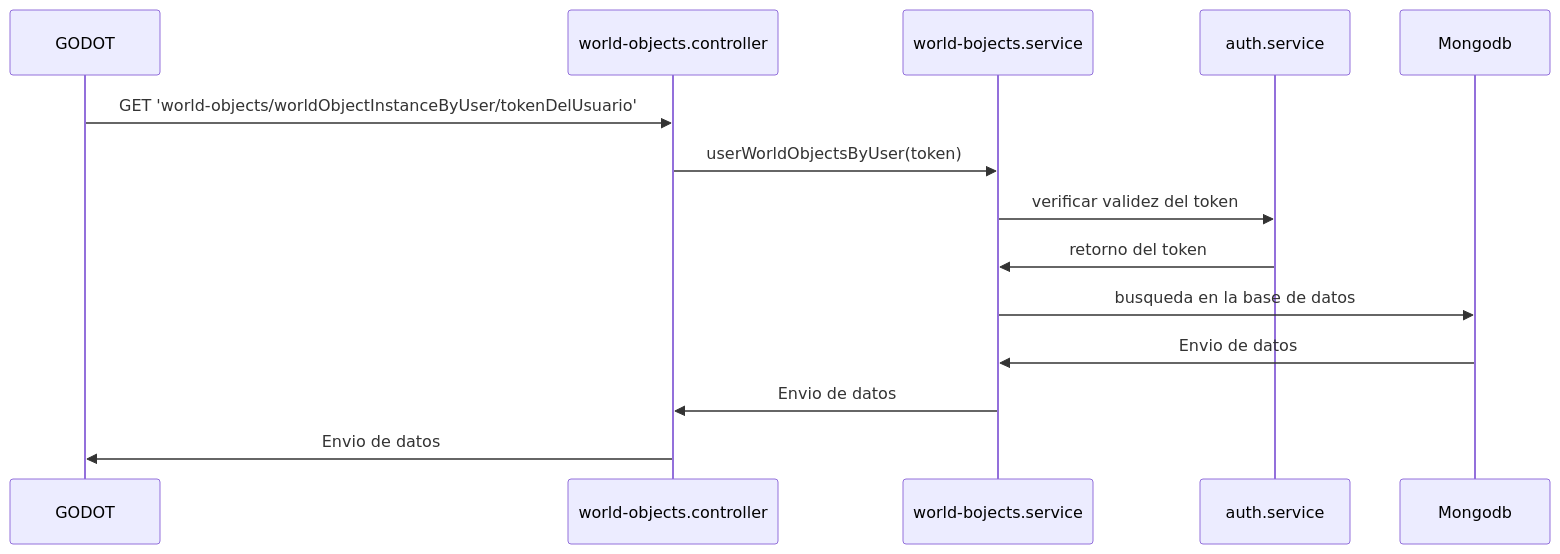
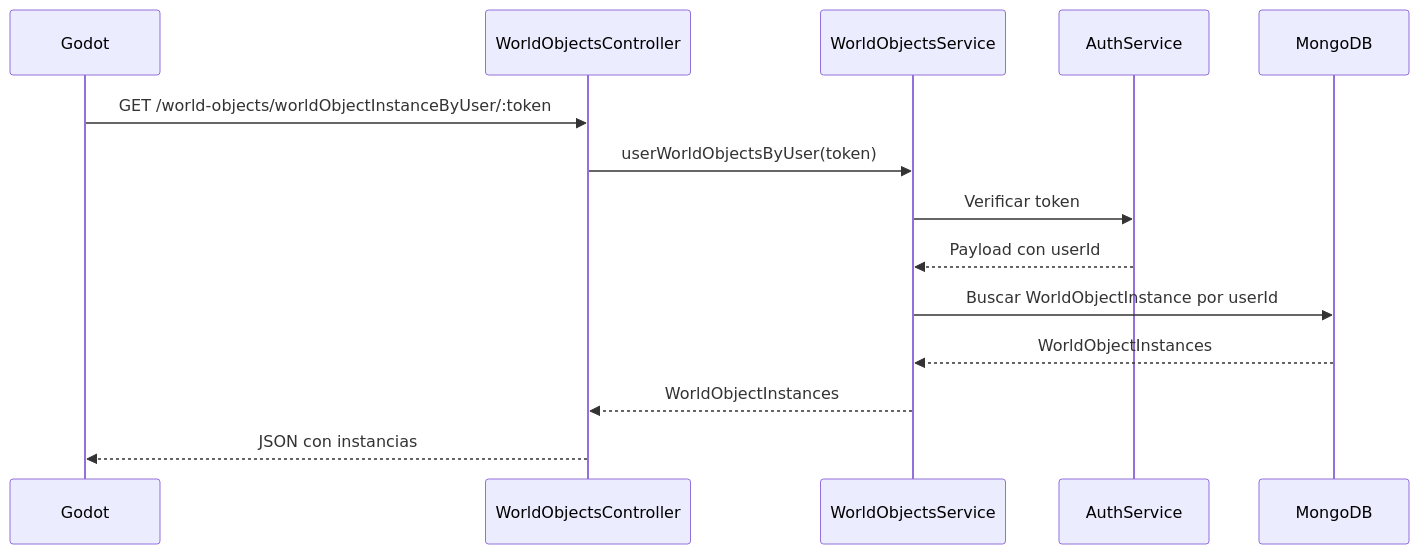
Before and after one commit to corralwars/CorralWarsBackend: the fifth of 9 diagrams in README.md, drawn with Mermaid. The commit also changed other lines of this file and 7 other files, not shown here.

Commit message:
feat: implement refresh token functionality and update authentication flow

````diff
--- a/README.md
+++ b/README.md
@@ -731,18 +857,20 @@
 ```mermaid
 sequenceDiagram
+    participant G as Godot
+    participant C as WorldObjectsController
+    participant S as WorldObjectsService
+    participant A as AuthService
+    participant DB as MongoDB
 
-participant G as GODOT
-participant C as world-objects.controller
-participant S as world-bojects.service
-participant SA as auth.service
-participant M as Mongodb
+    G->>C: GET /world-objects/worldObjectInstanceByUser/:token
+    C->>S: userWorldObjectsByUser(token)
 
-G->>C:GET 'world-objects/worldObjectInstanceByUser/tokenDelUsuario'
-C->>S:userWorldObjectsByUser(token)
-S->>SA:verificar validez del token
-SA->>S:retorno del token
-S->>M:busqueda en la base de datos
-M->>S:Envio de datos
-S->>C:Envio de datos
-C->>G:Envio de datos
+    S->>A: Verificar token
+    A-->>S: Payload con userId
+
+    S->>DB: Buscar WorldObjectInstance por userId
+    DB-->>S: WorldObjectInstances
+
+    S-->>C: WorldObjectInstances
+    C-->>G: JSON con instancias
 ```
````
